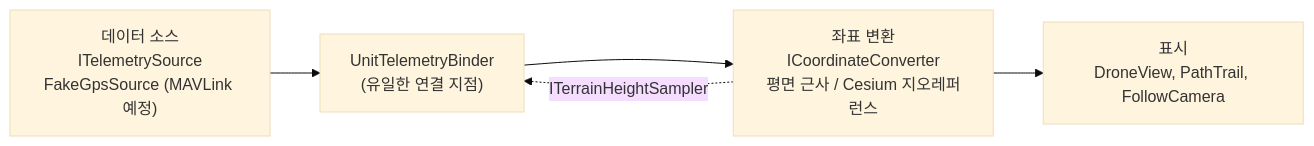
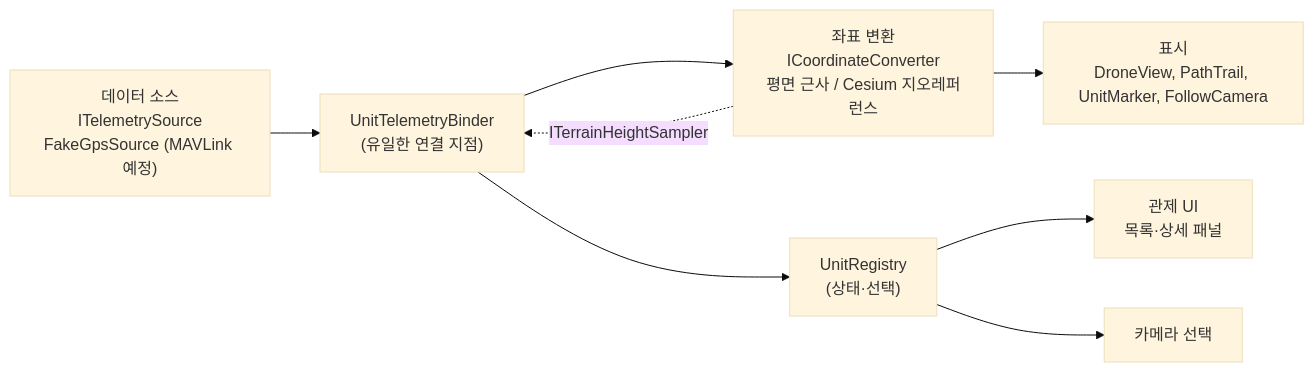
Before and after one commit to hsb020524/DroneC2: the diagram in README.md, drawn with Mermaid (base theme). The commit also changed other lines of this file and 6 other files, not shown here.

Commit message:
Stage 3-F: document stage 3 (devlog, README, requirements, architecture, CLAUDE.md), add stage 3 GIF and screenshot

````diff
--- a/README.md
+++ b/README.md
@@ -47,7 +54,10 @@
 ```mermaid
 flowchart LR
     SRC["데이터 소스<br/>ITelemetrySource<br/>FakeGpsSource (MAVLink 예정)"] --> BIND["UnitTelemetryBinder<br/>(유일한 연결 지점)"]
     BIND --> CONV["좌표 변환<br/>ICoordinateConverter<br/>평면 근사 / Cesium 지오레퍼런스"]
-    CONV --> VIEW["표시<br/>DroneView, PathTrail, FollowCamera"]
+    CONV --> VIEW["표시<br/>DroneView, PathTrail, UnitMarker, FollowCamera"]
     CONV -. "ITerrainHeightSampler" .-> BIND
+    BIND --> REG["UnitRegistry<br/>(상태·선택)"]
+    REG --> UI["관제 UI<br/>목록·상세 패널"]
+    REG --> CAM["카메라 선택"]
 ```
````
